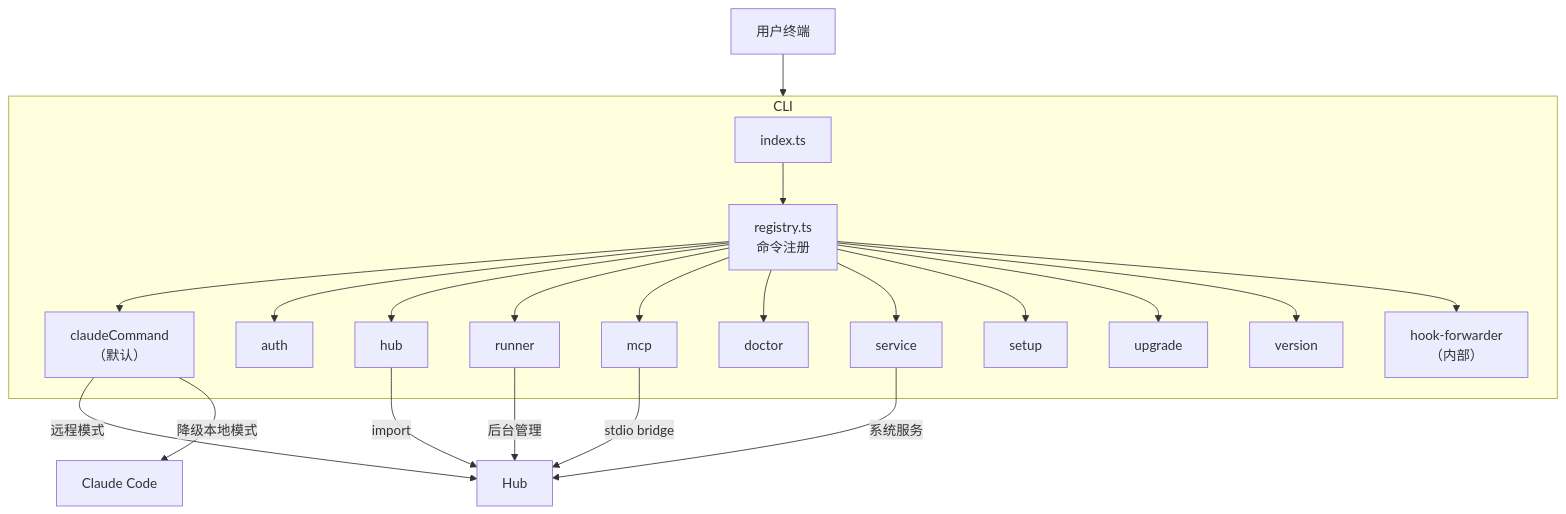
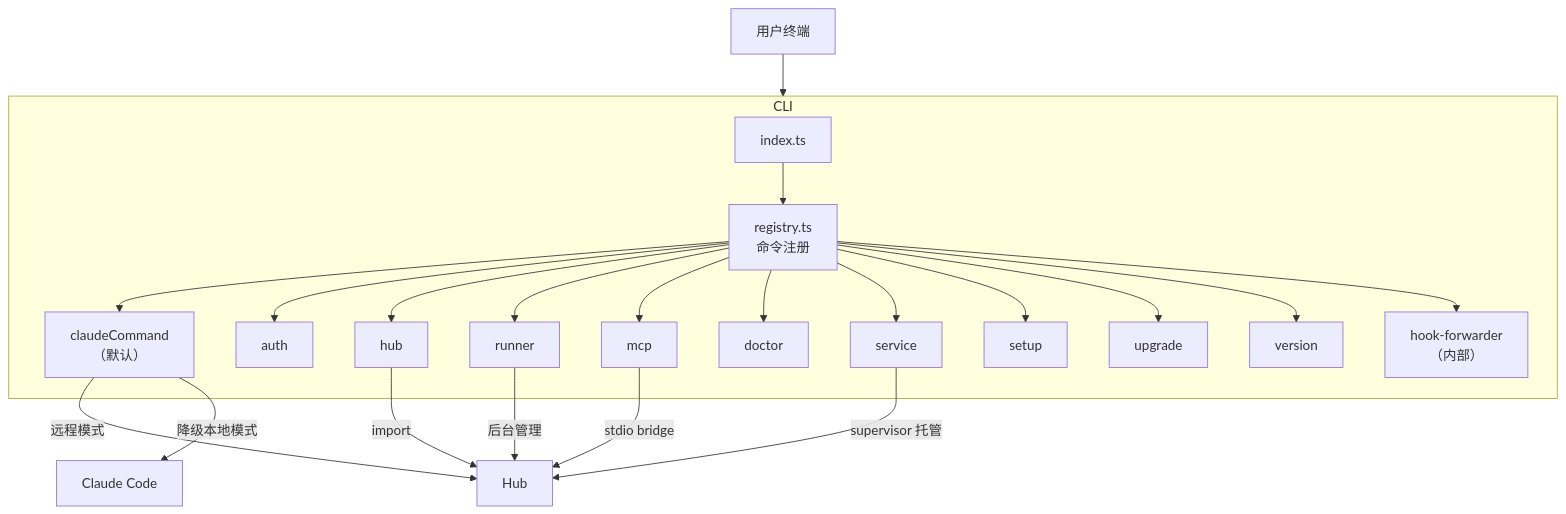
One commit to ModuBit/mobi changed the first of 3 diagrams in docs/architecture/cli/README.md. Above: the diagram before and after it, drawn with Mermaid. The commit also changed other lines of this file and 4 other files, not shown here.

Commit message:
docs(cli): supervisor 特性文档——service 命令矩阵/托管架构/收编说明

````diff
--- a/docs/architecture/cli/README.md
+++ b/docs/architecture/cli/README.md
@@ -7,30 +7,30 @@
 ```mermaid
 graph TB
     User["用户终端"] --> CLI["mobi CLI"]
 
     subgraph CLI
         Entry["index.ts"]
         Registry["registry.ts<br/>命令注册"]
         CmdDefault["claudeCommand<br/>（默认）"]
         CmdAuth["auth"]
         CmdHub["hub"]
         CmdRunner["runner"]
         CmdMcp["mcp"]
         CmdDoctor["doctor"]
         CmdService["service"]
         CmdSetup["setup"]
         CmdUpgrade["upgrade"]
         CmdVersion["version"]
         CmdHook["hook-forwarder<br/>（内部）"]
     end
 
     Entry --> Registry
     Registry --> CmdDefault & CmdAuth & CmdHub & CmdRunner & CmdMcp & CmdDoctor & CmdService & CmdSetup & CmdUpgrade & CmdVersion & CmdHook
 
     CmdDefault -->|"远程模式"| Hub["Hub"]
     CmdDefault -->|"降级本地模式"| Claude["Claude Code"]
     CmdHub -->|"import"| Hub
     CmdRunner -->|"后台管理"| Hub
     CmdMcp -->|"stdio bridge"| Hub
-    CmdService -->|"系统服务"| Hub
+    CmdService -->|"supervisor 托管"| Hub
 ```
````
